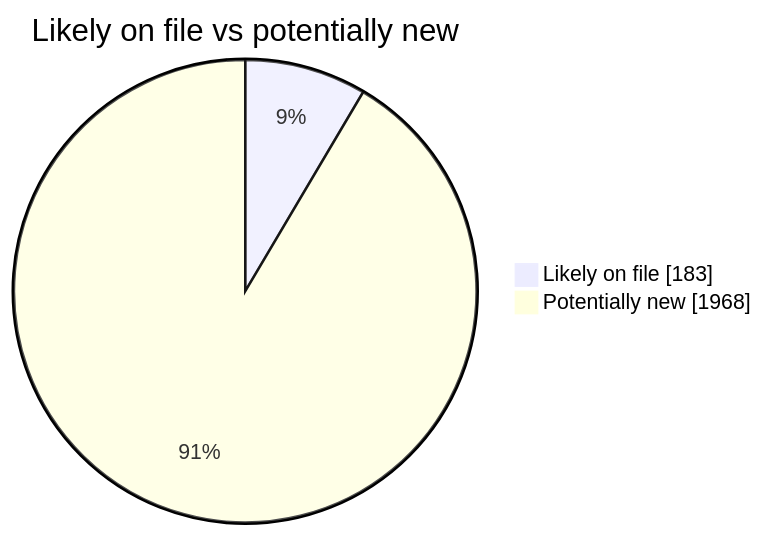
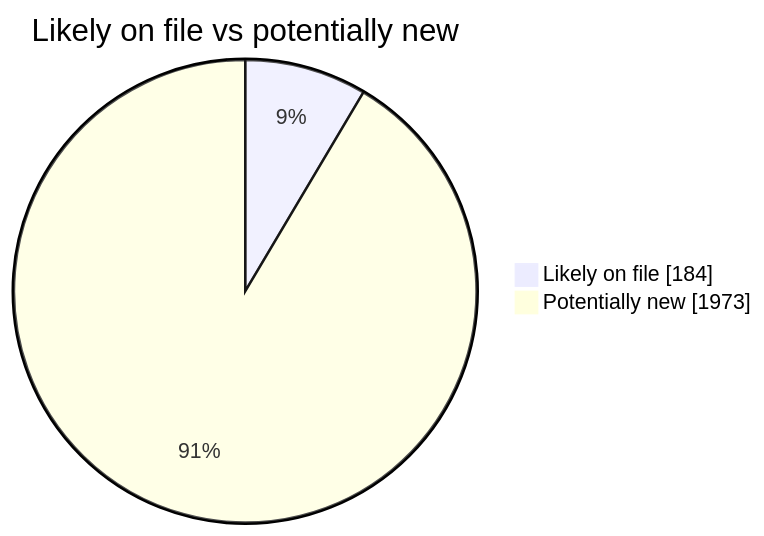
The second of 4 diagrams in README.md (martinbalfanz/social-scanner-reports), drawn with Mermaid before and after one commit. The commit also changed other lines of this file and 4 other files, not shown here.

````diff
--- a/README.md
+++ b/README.md
@@ -40,5 +40,5 @@
 ```mermaid
 pie showData title Likely on file vs potentially new
-    "Likely on file" : 183
-    "Potentially new" : 1968
+    "Likely on file" : 184
+    "Potentially new" : 1973
 ```
````
